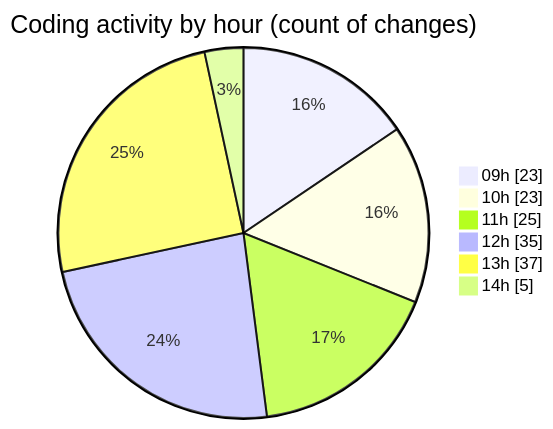
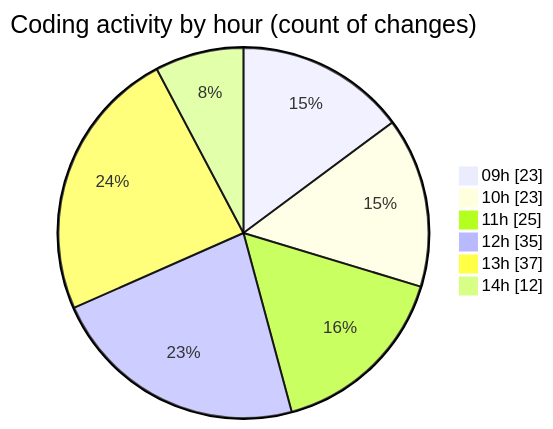
The second of 2 diagrams in 2025-10-23/cda/README.md (momahboobian/code-tracking), drawn with Mermaid before and after one commit. The commit also changed other lines of this file and 1 other file, not shown here.

````diff
--- a/2025-10-23/cda/README.md
+++ b/2025-10-23/cda/README.md
@@ -34,10 +34,10 @@
 ```mermaid
 pie showData
 title Coding activity by hour (count of changes)
 "09h" : 23
 "10h" : 23
 "11h" : 25
 "12h" : 35
 "13h" : 37
-"14h" : 5
+"14h" : 12
 ```
````
